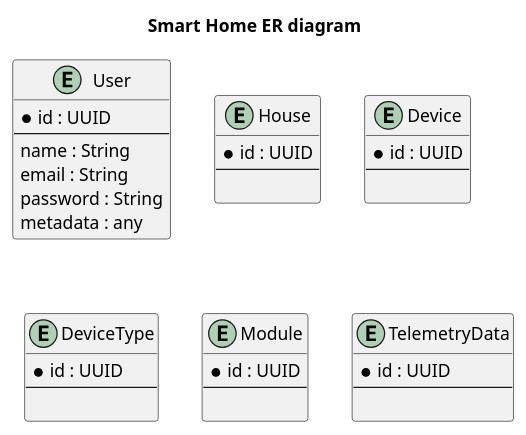
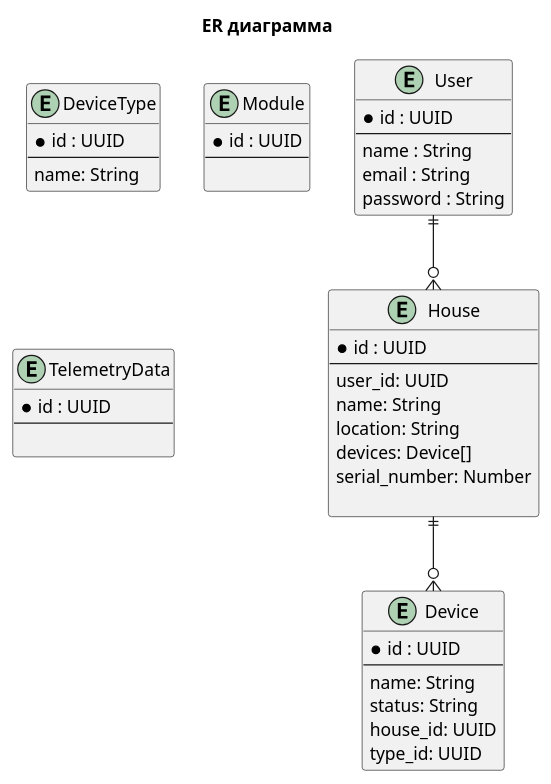
The diagram in diagrams/task_3/er-diagram.puml (laksan1/architecture-sprint-3), drawn with PlantUML before and after one commit.

Commit message:
add fields

```diff
--- a/diagrams/task_3/er-diagram.puml
+++ b/diagrams/task_3/er-diagram.puml
@@ -1,43 +1,54 @@
 @startuml
-title Smart Home ER diagram
+
+title ER диаграмма
 
 entity  User {
     * id : UUID
     --
     name : String
     email : String
     password : String
-    metadata : any
 }
 
 entity  House {
     * id : UUID
     --
+    user_id: UUID
+    name: String
+    location: String
+    devices: Device[]
+    serial_number: Number
 
 }
 
 entity  Device {
     * id : UUID
     --
-
+    name: String
+    status: String
+    house_id: UUID
+    type_id: UUID
 }
 
 entity  DeviceType {
     * id : UUID
     --
-
+    name: String
 }
 
 entity  Module {
     * id : UUID
     --
 
 }
 
 entity  TelemetryData {
     * id : UUID
     --
 
 }
 
+User ||--o{ House
+House ||--o{ Device
+
 @enduml
```
